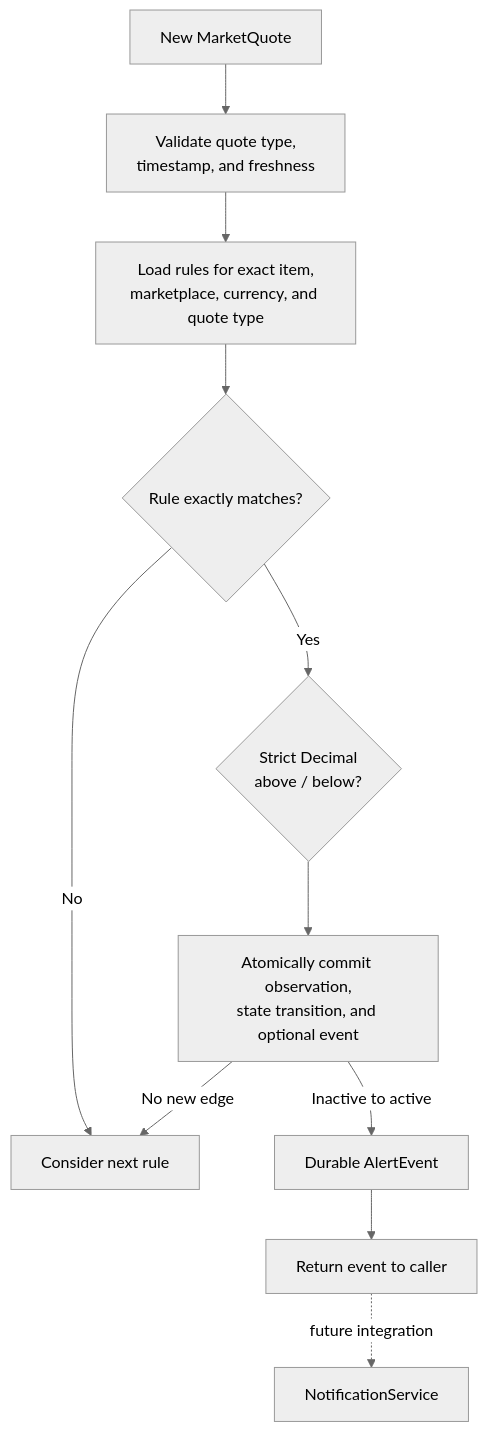
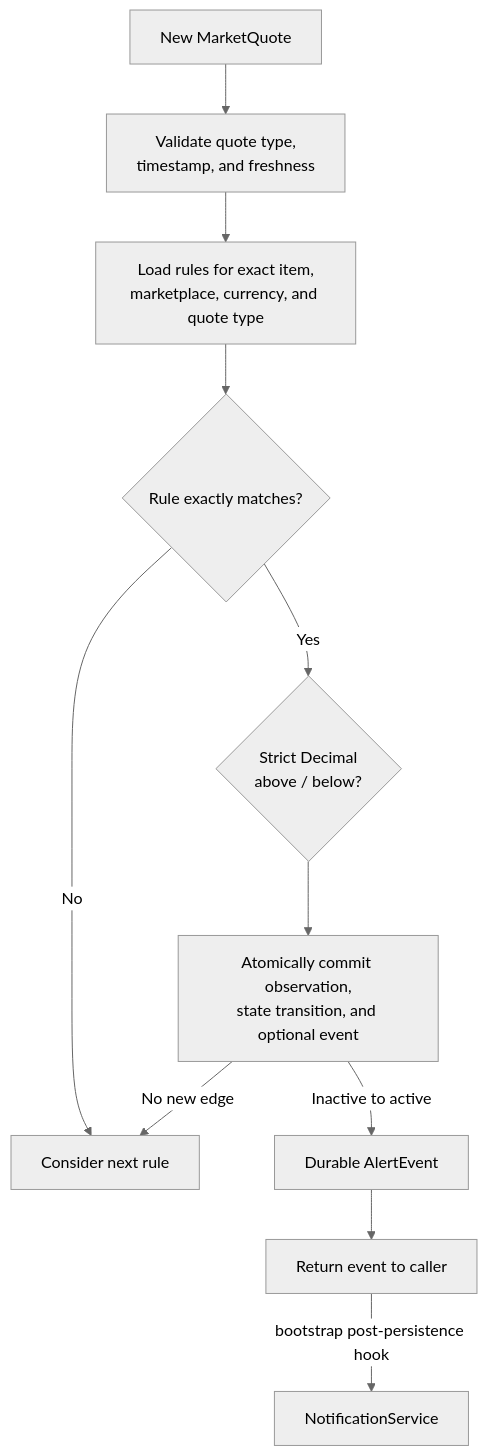
Before and after one commit to maciejL03/price-oracle: the first of 2 diagrams in backend/engine/alerts/README.md, drawn with Mermaid (neutral theme). The commit also changed other lines of this file and 20 other files, not shown here.

````diff
--- a/backend/engine/alerts/README.md
+++ b/backend/engine/alerts/README.md
@@ -15,13 +15,13 @@
 ```mermaid
 flowchart TD
     Observation[New MarketQuote] --> Validate[Validate quote type,<br/>timestamp, and freshness]
     Validate --> Load[Load rules for exact item,<br/>marketplace, currency, and quote type]
     Load --> Match{Rule exactly matches?}
     Match -- No --> Next[Consider next rule]
     Match -- Yes --> Compare{Strict Decimal<br/>above / below?}
     Compare --> Commit[Atomically commit observation,<br/>state transition, and optional event]
     Commit -->|No new edge| Next
     Commit -->|Inactive to active| Durable[Durable AlertEvent]
     Durable --> Return[Return event to caller]
-    Return -. future integration .-> Notification[NotificationService]
+    Return -->|bootstrap post-persistence hook| Notification[NotificationService]
 ```
````
